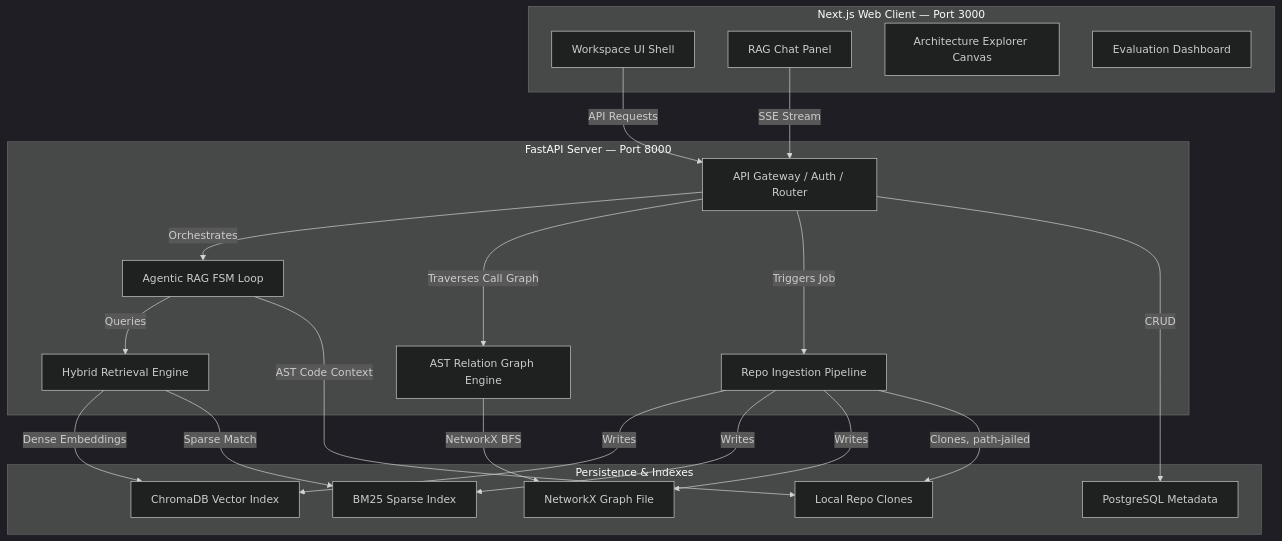
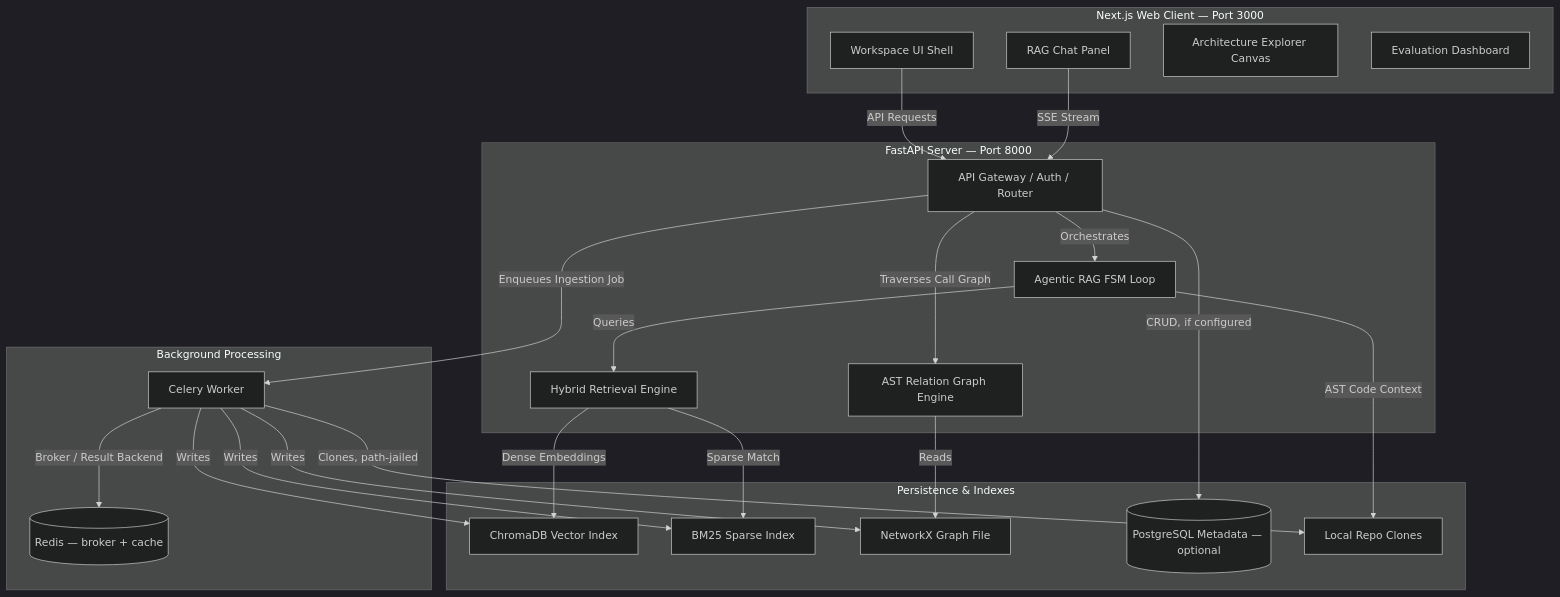
The diagram in README.md (HurairaMaqbool/CodeNavigator), drawn with Mermaid (dark theme) before and after one commit. The commit also changed other lines of this file and 1 other file, not shown here.

````diff
--- a/README.md
+++ b/README.md
@@ -121,41 +142,46 @@
 ```mermaid
 graph TD
     subgraph Frontend [Next.js Web Client — Port 3000]
         UI[Workspace UI Shell]
         Chat[RAG Chat Panel]
         Canvas[Architecture Explorer Canvas]
         Eval[Evaluation Dashboard]
     end
 
     subgraph Backend [FastAPI Server — Port 8000]
         API[API Gateway / Auth / Router]
         Agent[Agentic RAG FSM Loop]
         Retrieval[Hybrid Retrieval Engine]
         Graph[AST Relation Graph Engine]
-        Ingestion[Repo Ingestion Pipeline]
+    end
+
+    subgraph Async [Background Processing]
+        Worker[Celery Worker]
+        Redis[(Redis — broker + cache)]
     end
 
     subgraph Storage [Persistence & Indexes]
         Chroma[ChromaDB Vector Index]
         BM25[BM25 Sparse Index]
         NetX[NetworkX Graph File]
-        Postgres[PostgreSQL Metadata]
+        Postgres[(PostgreSQL Metadata — optional)]
         Files[Local Repo Clones]
     end
 
     UI -->|API Requests| API
     Chat -->|SSE Stream| API
     API -->|Orchestrates| Agent
     Agent -->|Queries| Retrieval
     Retrieval -->|Dense Embeddings| Chroma
     Retrieval -->|Sparse Match| BM25
     Agent -->|AST Code Context| Files
     API -->|Traverses Call Graph| Graph
-    Graph -->|NetworkX BFS| NetX
-    API -->|Triggers Job| Ingestion
-    Ingestion -->|Writes| Chroma
-    Ingestion -->|Writes| BM25
-    Ingestion -->|Writes| NetX
-    Ingestion -->|Clones, path-jailed| Files
-    API -->|CRUD| Postgres
+    Graph -->|Reads| NetX
+    API -->|Enqueues Ingestion Job| Worker
+    Worker -->|Broker / Result Backend| Redis
+    Worker -->|Writes| Chroma
+    Worker -->|Writes| BM25
+    Worker -->|Writes| NetX
+    Worker -->|Clones, path-jailed| Files
+    API -->|CRUD, if configured| Postgres
 ```
````
